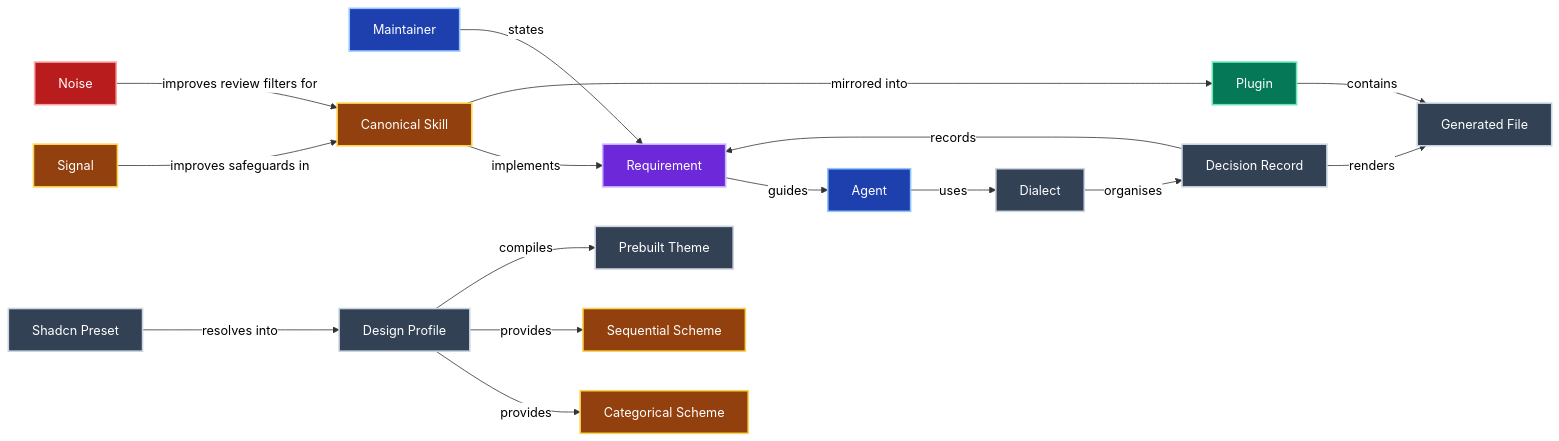
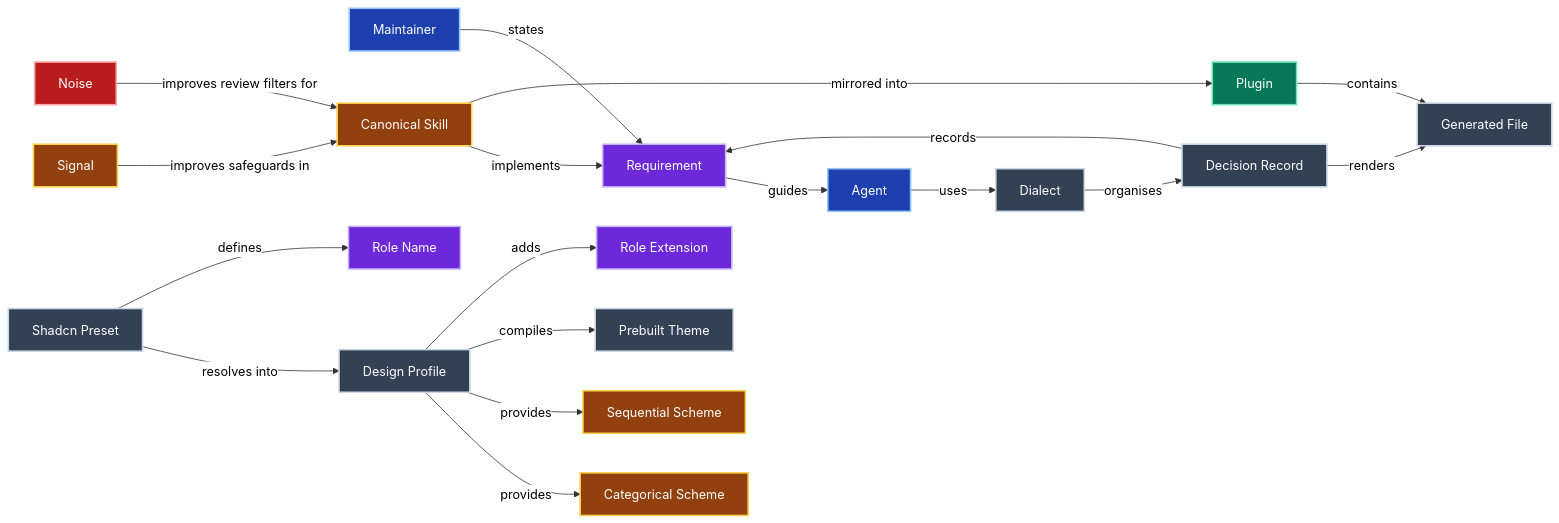
The diagram in GLOSSARY.md (jpeakai/skills), drawn with Mermaid before and after one commit. The commit also changed other lines of this file and 105 other files, not shown here.

````diff
--- a/GLOSSARY.md
+++ b/GLOSSARY.md
@@ -8,45 +8,49 @@
 ```mermaid
 ---
 config:
   themeVariables:
     textColor: '#010101'
     edgeLabelBackground: '#ffffff'
 ---
 flowchart LR
     M["Maintainer"]:::people
     R["Requirement"]:::rule
     A["Agent"]:::people
     D["Dialect"]:::record
     DR["Decision Record"]:::record
     CS["Canonical Skill"]:::info
     P["Plugin"]:::pipeline
     GF["Generated File"]:::record
     S["Signal"]:::info
     N["Noise"]:::forbidden
     SP["Shadcn Preset"]:::record
     DP["Design Profile"]:::record
     PT["Prebuilt Theme"]:::record
     CAT["Categorical Scheme"]:::info
     SEQ["Sequential Scheme"]:::info
+    RN["Role Name"]:::rule
+    RX["Role Extension"]:::rule
     M -- states --> R
     R -- guides --> A
     A -- uses --> D
     D -- organises --> DR
     DR -->|records| R
     CS -- implements --> R
     CS -- mirrored into --> P
     P -- contains --> GF
     DR -- renders --> GF
     S -- improves safeguards in --> CS
     N -- improves review filters for --> CS
     SP -- resolves into --> DP
     DP -- provides --> CAT
     DP -- provides --> SEQ
     DP -- compiles --> PT
+    SP -- defines --> RN
+    DP -- adds --> RX
     classDef people fill:#1e40af,stroke:#93c5fd,color:#fff,stroke-width:2px
     classDef info fill:#92400e,stroke:#fcd34d,color:#fff,stroke-width:2px
     classDef rule fill:#6d28d9,stroke:#c4b5fd,color:#fff,stroke-width:2px
     classDef forbidden fill:#b91c1c,stroke:#fca5a5,color:#fff,stroke-width:2px
     classDef pipeline fill:#047857,stroke:#6ee7b7,color:#fff,stroke-width:2px
     classDef record fill:#334155,stroke:#cbd5e1,color:#fff,stroke-width:2px
 ```
````
